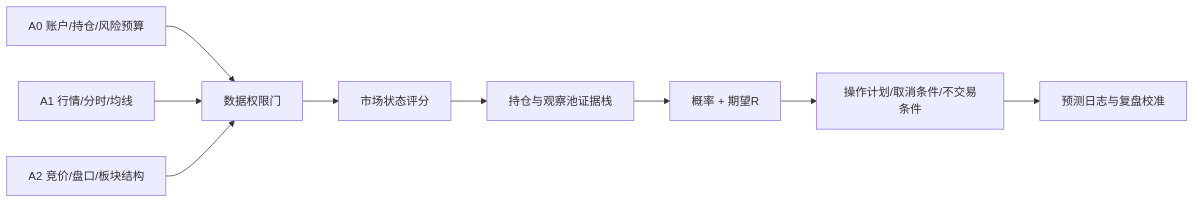
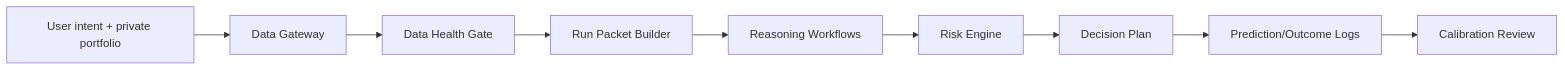
Before and after one commit to eulalee001020-star/a-share-ai-decision-assistant: the diagram in README.md, drawn with Mermaid. The commit also changed other lines of this file and 2 other files, not shown here.

Commit message:
Document decision-support agent architecture

````diff
--- a/README.md
+++ b/README.md
@@ -61,11 +63,11 @@
 ```mermaid
 flowchart LR
-  A["A0 账户/持仓/风险预算"] --> D["数据权限门"]
-  B["A1 行情/分时/均线"] --> D
-  C["A2 竞价/盘口/板块结构"] --> D
-  D --> E["市场状态评分"]
-  E --> F["持仓与观察池证据栈"]
-  F --> G["概率 + 期望R"]
-  G --> H["操作计划/取消条件/不交易条件"]
-  H --> I["预测日志与复盘校准"]
+  A["User intent + private portfolio"] --> B["Data Gateway"]
+  B --> C["Data Health Gate"]
+  C --> D["Run Packet Builder"]
+  D --> E["Reasoning Workflows"]
+  E --> F["Risk Engine"]
+  F --> G["Decision Plan"]
+  G --> H["Prediction/Outcome Logs"]
+  H --> I["Calibration Review"]
 ```
````
